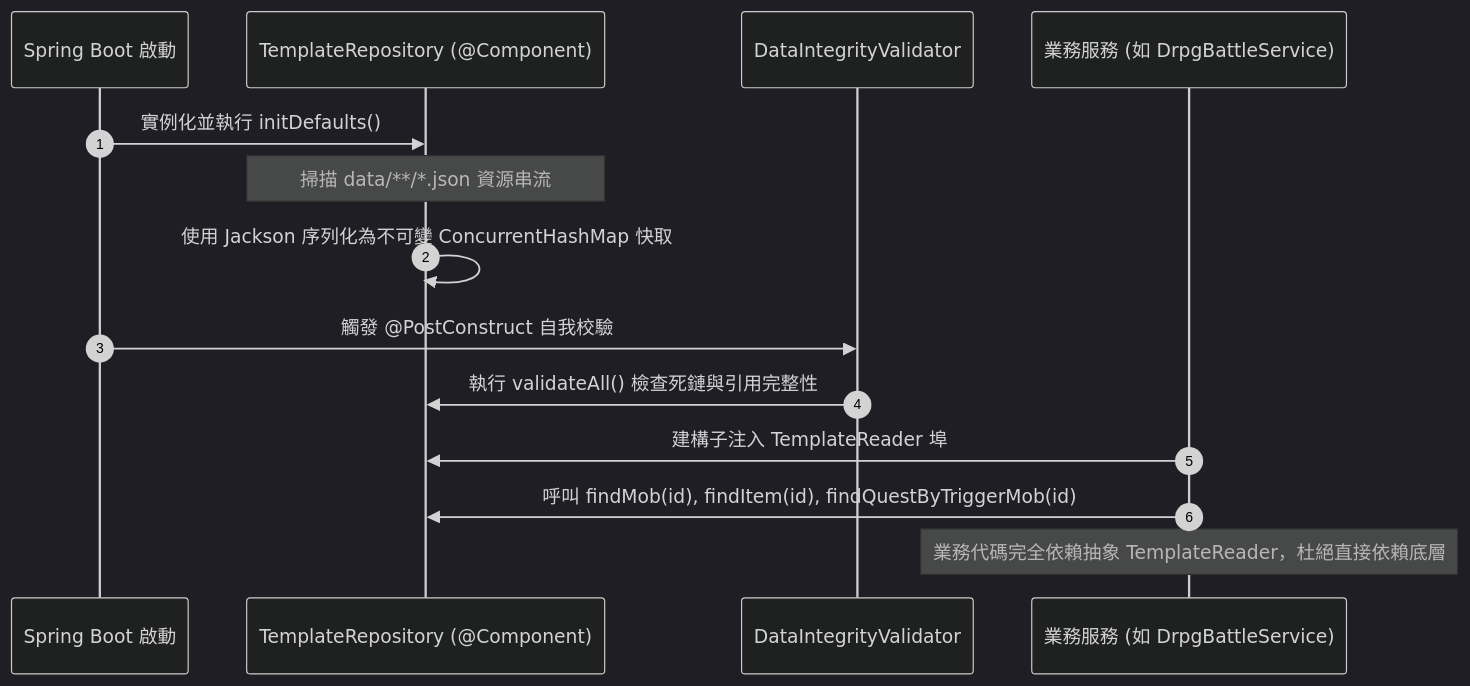
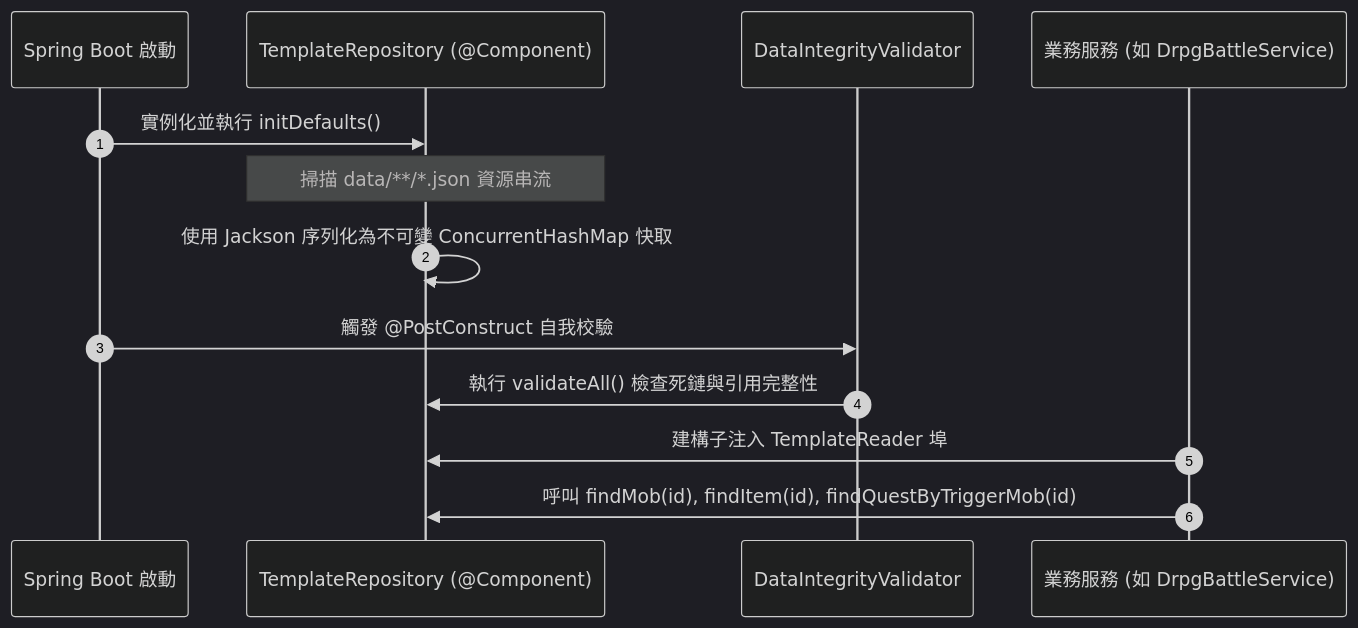
The diagram in docs/2_specifications/backend/M7_DATA_DRIVEN_TEMPLATES.md (FTC-johnchien/practice_mud), drawn with Mermaid (dark theme) before and after one commit. The commit also changed other lines of this file and 74 other files, not shown here.

````diff
--- a/docs/2_specifications/backend/M7_DATA_DRIVEN_TEMPLATES.md
+++ b/docs/2_specifications/backend/M7_DATA_DRIVEN_TEMPLATES.md
@@ -64,19 +60,18 @@
 ```mermaid
 sequenceDiagram
     autonumber
     participant App as Spring Boot 啟動
     participant Repo as TemplateRepository (@Component)
     participant Validator as DataIntegrityValidator
     participant Service as 業務服務 (如 DrpgBattleService)
 
     App->>Repo: 實例化並執行 initDefaults()
     Note over Repo: 掃描 data/**/*.json 資源串流
     Repo->>Repo: 使用 Jackson 序列化為不可變 ConcurrentHashMap 快取
     
     App->>Validator: 觸發 @PostConstruct 自我校驗
     Validator->>Repo: 執行 validateAll() 檢查死鏈與引用完整性
     
     Service->>Repo: 建構子注入 TemplateReader 埠
     Service->>Repo: 呼叫 findMob(id), findItem(id), findQuestByTriggerMob(id)
-    Note over Service: 業務代碼完全依賴抽象 TemplateReader，杜絕直接依賴底層
 ```
````
